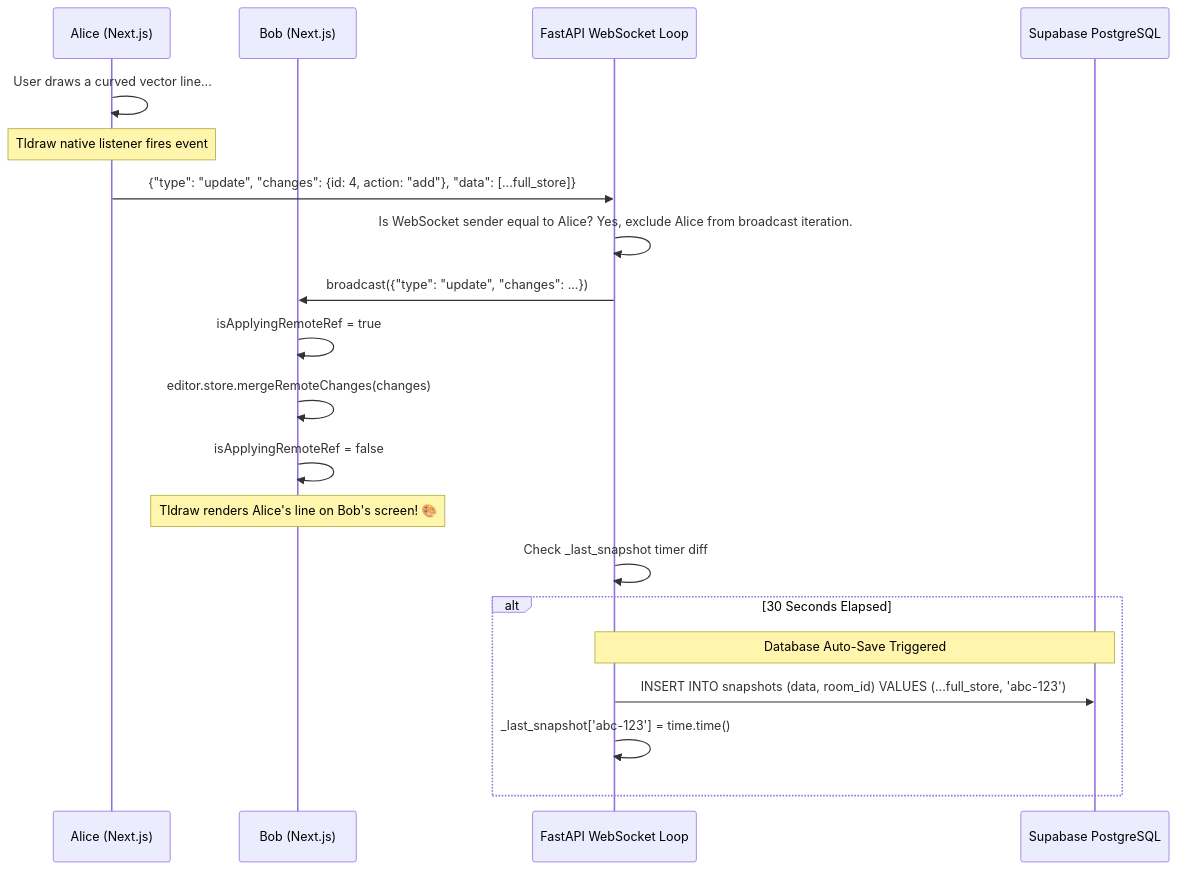
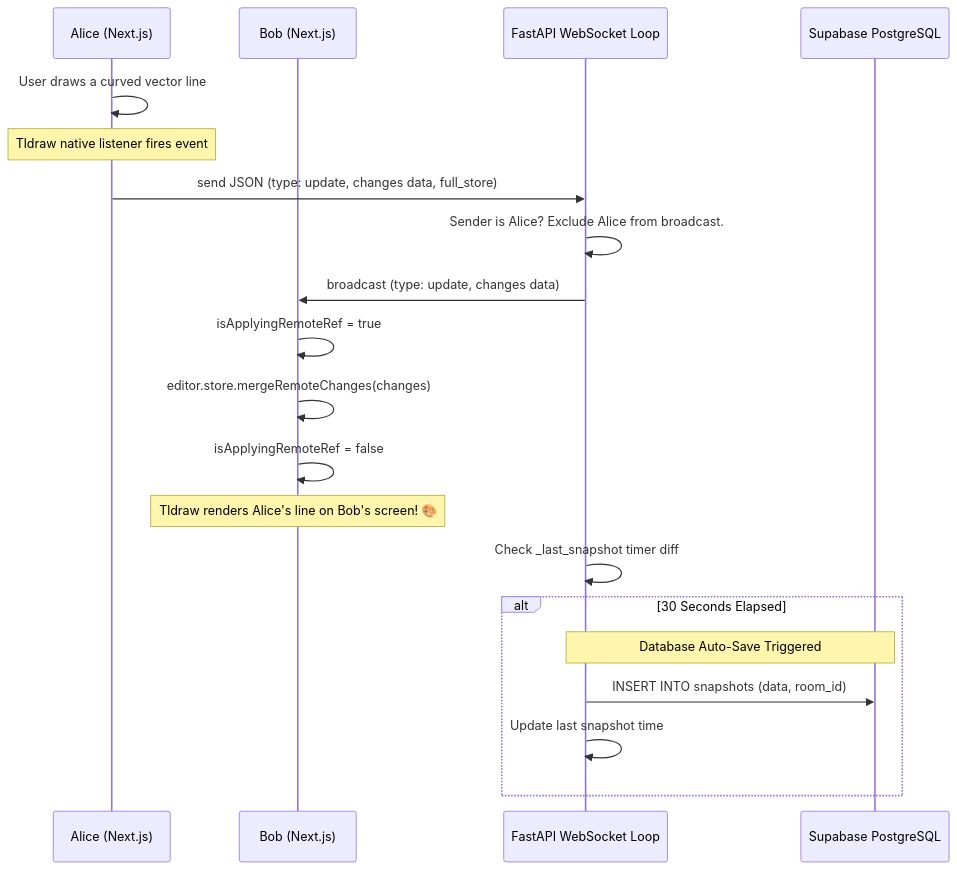
One commit to alexli8408/CoWhiteboard changed the third of 3 diagrams in devlog.md. Above: the diagram before and after it, drawn with Mermaid. The commit also changed other lines of this file, not shown here.

Commit message:
fix: resolve mermaid sequence diagram syntax errors

````diff
--- a/devlog.md
+++ b/devlog.md
@@ -208,26 +208,26 @@
 ```mermaid
 sequenceDiagram
     participant Alice as Alice (Next.js)
     participant Bob as Bob (Next.js)
     participant Server as FastAPI WebSocket Loop
     participant DB as Supabase PostgreSQL
 
-    Alice->>Alice: User draws a curved vector line...
+    Alice->>Alice: User draws a curved vector line
     Note over Alice: Tldraw native listener fires event
-    Alice->>Server: {"type": "update", "changes": {id: 4, action: "add"}, "data": [...full_store]}
+    Alice->>Server: send JSON (type: update, changes data, full_store)
 
-    Server->>Server: Is WebSocket sender equal to Alice? Yes, exclude Alice from broadcast iteration.
-    Server->>Bob: broadcast({"type": "update", "changes": ...})
+    Server->>Server: Sender is Alice? Exclude Alice from broadcast.
+    Server->>Bob: broadcast (type: update, changes data)
 
     Bob->>Bob: isApplyingRemoteRef = true
     Bob->>Bob: editor.store.mergeRemoteChanges(changes)
     Bob->>Bob: isApplyingRemoteRef = false
     Note over Bob: Tldraw renders Alice's line on Bob's screen! 🎨
 
     Server->>Server: Check _last_snapshot timer diff
     alt 30 Seconds Elapsed
-        Note over Server, DB: Database Auto-Save Triggered
-        Server->>DB: INSERT INTO snapshots (data, room_id) VALUES (...full_store, 'abc-123')
-        Server->>Server: _last_snapshot['abc-123'] = time.time()
+        Note over Server,DB: Database Auto-Save Triggered
+        Server->>DB: INSERT INTO snapshots (data, room_id)
+        Server->>Server: Update last snapshot time
     end
 ```
````
